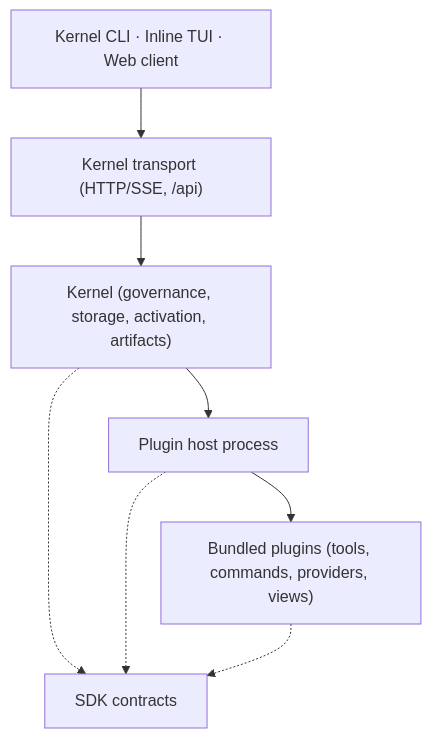
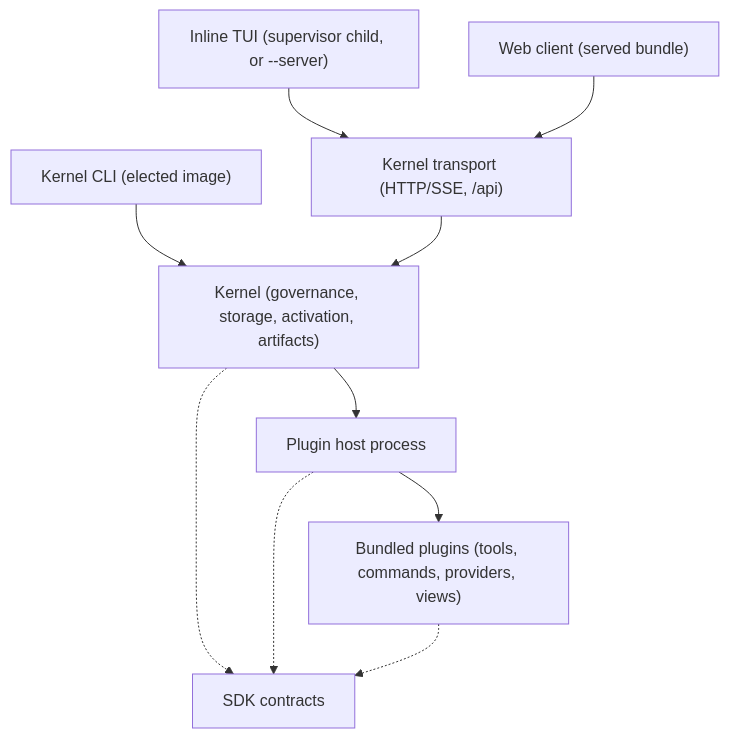
The diagram in README.md (lei-jia-xing/voidcode), drawn with Mermaid before and after one commit. The commit also changed other lines of this file and 102 other files, not shown here.

````diff
--- a/README.md
+++ b/README.md
@@ -109,10 +110,12 @@
 ```mermaid
 graph TD
-    Clients["Kernel CLI · Inline TUI · Web client"] --> Transport["Kernel transport (HTTP/SSE, /api)"]
-    Transport --> Kernel["Kernel (governance, storage, activation, artifacts)"]
+    CLI["Kernel CLI (elected image)"] --> Kernel["Kernel (governance, storage, activation, artifacts)"]
+    TUI["Inline TUI (supervisor child, or --server)"] --> Transport["Kernel transport (HTTP/SSE, /api)"]
+    Web["Web client (served bundle)"] --> Transport
+    Transport --> Kernel
     Kernel --> Host["Plugin host process"]
     Host --> Plugins["Bundled plugins (tools, commands, providers, views)"]
     Kernel -.-> SDK["SDK contracts"]
     Host -.-> SDK
     Plugins -.-> SDK
 ```
````
